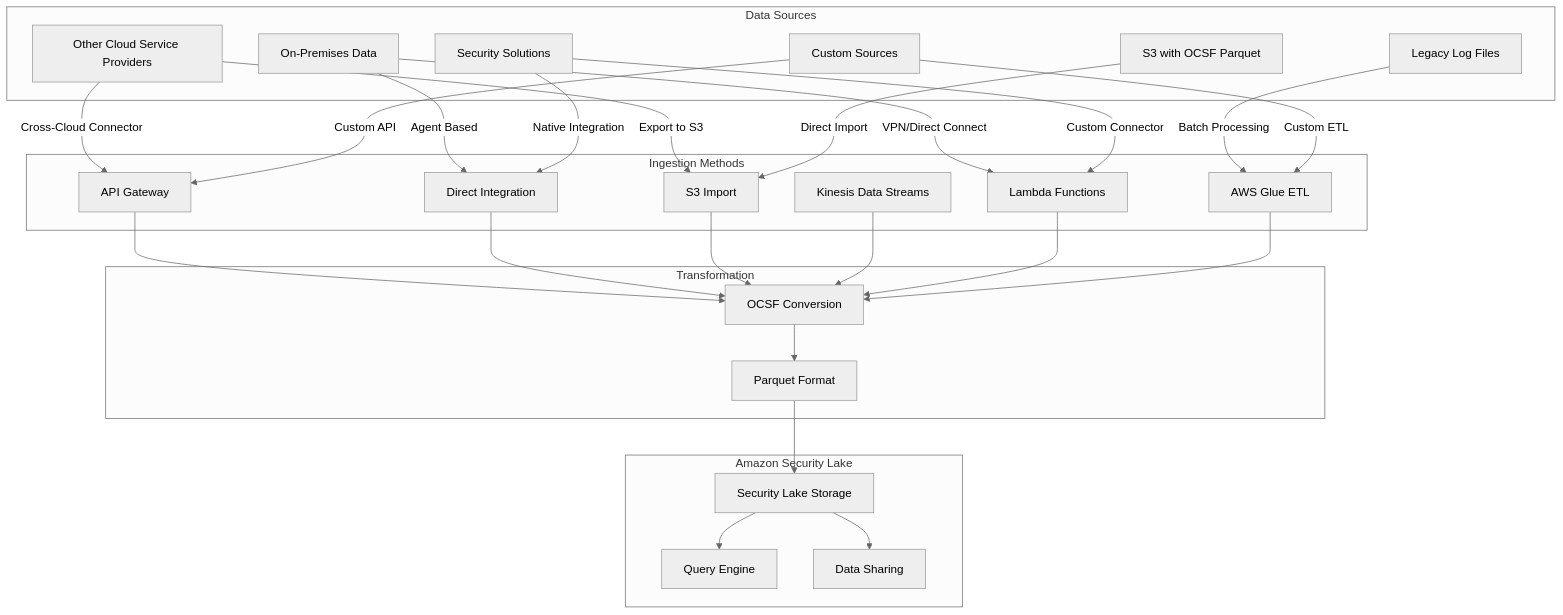
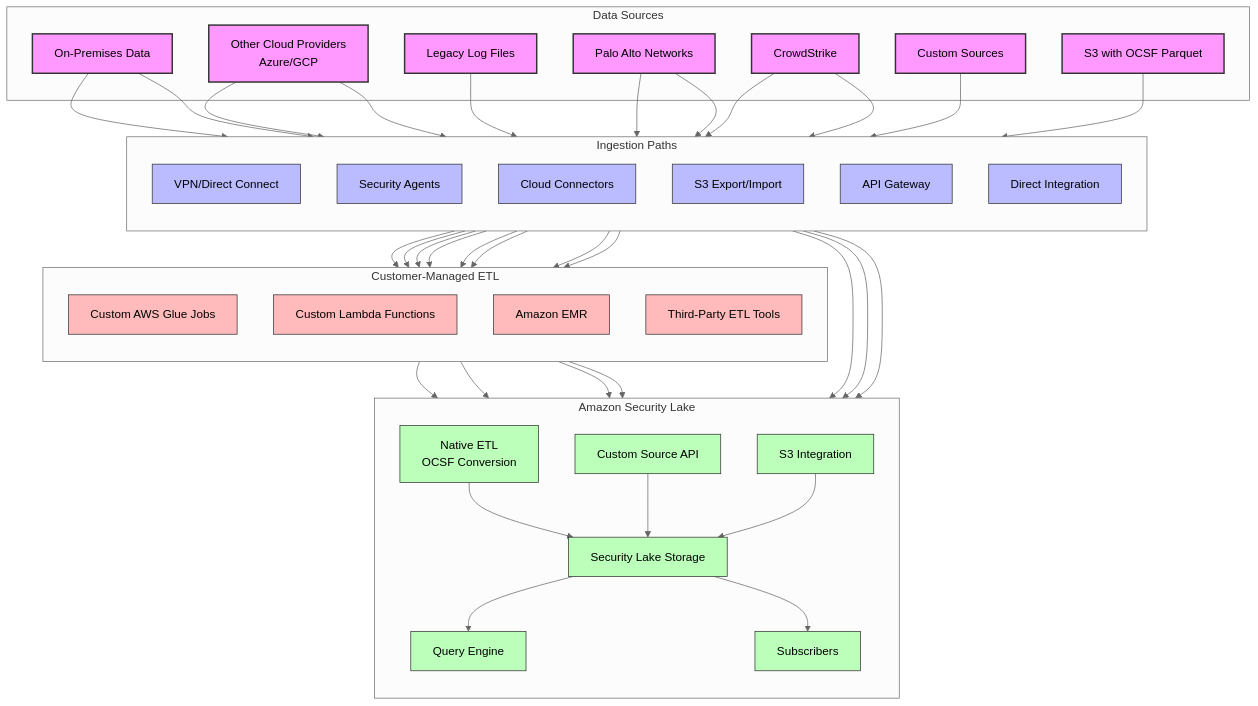
The ninth of 9 diagrams in integration.md (hugger-beep/slake), drawn with Mermaid (neutral theme) before and after one commit.

````diff
--- a/integration.md
+++ b/integration.md
@@ -294,54 +294,95 @@
 ``` mermaid
 flowchart TD
+    %% Data Sources with specific paths
     subgraph "Data Sources"
         OnPrem[On-Premises Data]
-        CSP[Other Cloud Service Providers]
+        CSP[Other Cloud Providers\nAzure/GCP]
         Legacy[Legacy Log Files]
-        SecTools[Security Solutions]
+        PaloAlto[Palo Alto Networks]
+        CrowdStrike[CrowdStrike]
         CustomSrc[Custom Sources]
         S3OCSF[S3 with OCSF Parquet]
     end
 
-    subgraph "Ingestion Methods"
-        API[API Gateway]
-        Direct[Direct Integration]
-        S3Import[S3 Import]
-        Kinesis[Kinesis Data Streams]
-        Lambda[Lambda Functions]
-        Glue[AWS Glue ETL]
+    %% Ingestion Paths
+    subgraph "Ingestion Paths"
+        direction TB
+        VPN[VPN/Direct Connect]
+        Agents[Security Agents]
+        CloudConn[Cloud Connectors]
+        S3Export[S3 Export/Import]
+        APIGw[API Gateway]
+        DirectInt[Direct Integration]
     end
 
-    subgraph "Transformation"
-        OCSF[OCSF Conversion]
-        Parquet[Parquet Format]
+    %% ETL Not Managed by Security Lake
+    subgraph "Customer-Managed ETL"
+        direction TB
+        CustomGlue[Custom AWS Glue Jobs]
+        CustomLambda[Custom Lambda Functions]
+        EMR[Amazon EMR]
+        ThirdParty[Third-Party ETL Tools]
     end
 
+    %% Security Lake Components
     subgraph "Amazon Security Lake"
-        SecLake[Security Lake Storage]
-        Query[Query Engine]
-        Share[Data Sharing]
+        direction TB
+        NativeETL[Native ETL\nOCSF Conversion]
+        CustomSourceAPI[Custom Source API]
+        S3Integration[S3 Integration]
+        SecLakeStorage[Security Lake Storage]
+        QueryEngine[Query Engine]
+        Subscribers[Subscribers]
     end
 
-    OnPrem -->|VPN/Direct Connect| Lambda
-    OnPrem -->|Agent Based| Direct
-    CSP -->|Cross-Cloud Connector| API
-    CSP -->|Export to S3| S3Import
-    Legacy -->|Batch Processing| Glue
-    SecTools -->|Native Integration| Direct
-    SecTools -->|Custom Connector| Lambda
-    CustomSrc -->|Custom API| API
-    CustomSrc -->|Custom ETL| Glue
-    S3OCSF -->|Direct Import| S3Import
+    %% Data Source to Ingestion Path connections
+    OnPrem --> VPN
+    OnPrem --> Agents
+    CSP --> CloudConn
+    CSP --> S3Export
+    Legacy --> S3Export
+    PaloAlto --> DirectInt
+    PaloAlto --> APIGw
+    CrowdStrike --> DirectInt
+    CrowdStrike --> APIGw
+    CustomSrc --> APIGw
+    S3OCSF --> S3Export
 
-    API --> OCSF
-    Direct --> OCSF
-    S3Import --> OCSF
-    Kinesis --> OCSF
-    Lambda --> OCSF
-    Glue --> OCSF
+    %% Ingestion to ETL connections
+    VPN --> CustomGlue
+    VPN --> CustomLambda
+    Agents --> CustomLambda
+    CloudConn --> CustomGlue
+    CloudConn --> ThirdParty
+    S3Export --> CustomGlue
+    S3Export --> EMR
+    S3Export --> S3Integration
+    APIGw --> CustomLambda
+    APIGw --> CustomSourceAPI
+    DirectInt --> NativeETL
 
-    OCSF --> Parquet
-    Parquet --> SecLake
-    SecLake --> Query
-    SecLake --> Share
+    %% ETL to Security Lake connections
+    CustomGlue --> CustomSourceAPI
+    CustomLambda --> CustomSourceAPI
+    EMR --> CustomSourceAPI
+    ThirdParty --> CustomSourceAPI
+    
+    %% Security Lake internal connections
+    NativeETL --> SecLakeStorage
+    CustomSourceAPI --> SecLakeStorage
+    S3Integration --> SecLakeStorage
+    SecLakeStorage --> QueryEngine
+    SecLakeStorage --> Subscribers
+
+    %% Styling
+    classDef sources fill:#f9f,stroke:#333,stroke-width:2px
+    classDef ingestion fill:#bbf,stroke:#333,stroke-width:1px
+    classDef customerETL fill:#fbb,stroke:#333,stroke-width:1px
+    classDef securityLake fill:#bfb,stroke:#333,stroke-width:1px
+    
+    class OnPrem,CSP,Legacy,PaloAlto,CrowdStrike,CustomSrc,S3OCSF sources
+    class VPN,Agents,CloudConn,S3Export,APIGw,DirectInt ingestion
+    class CustomGlue,CustomLambda,EMR,ThirdParty customerETL
+    class NativeETL,CustomSourceAPI,S3Integration,SecLakeStorage,QueryEngine,Subscribers securityLake
+
 ```
````
